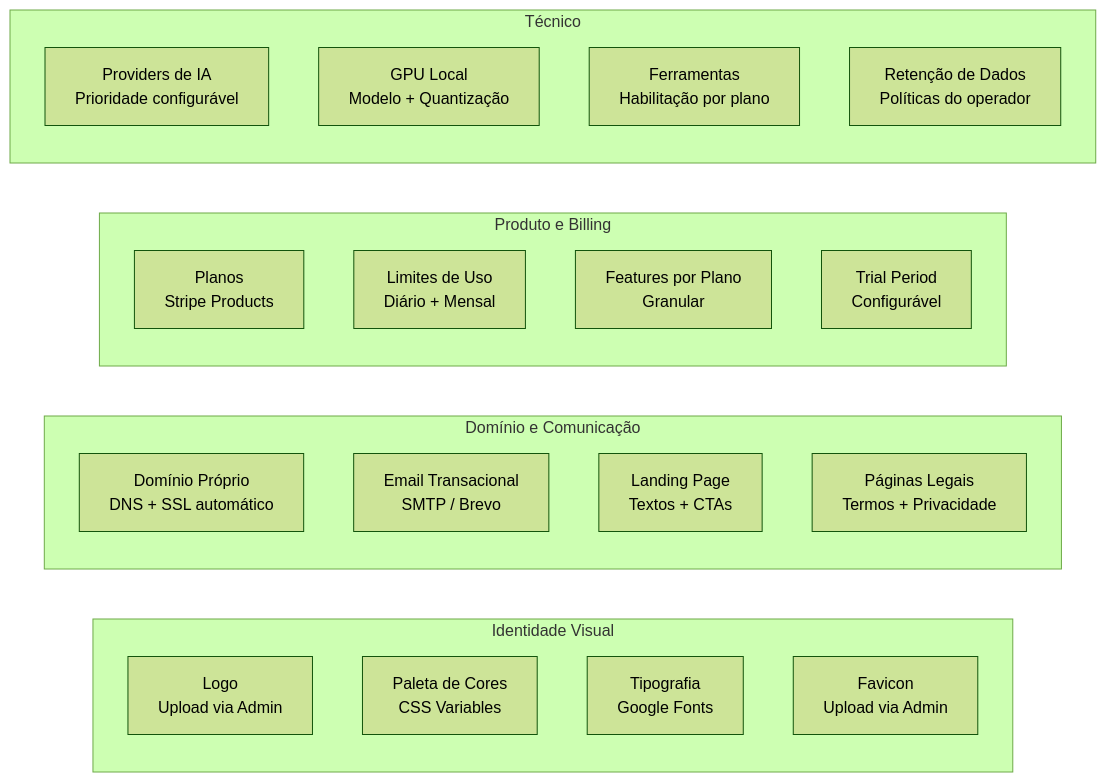
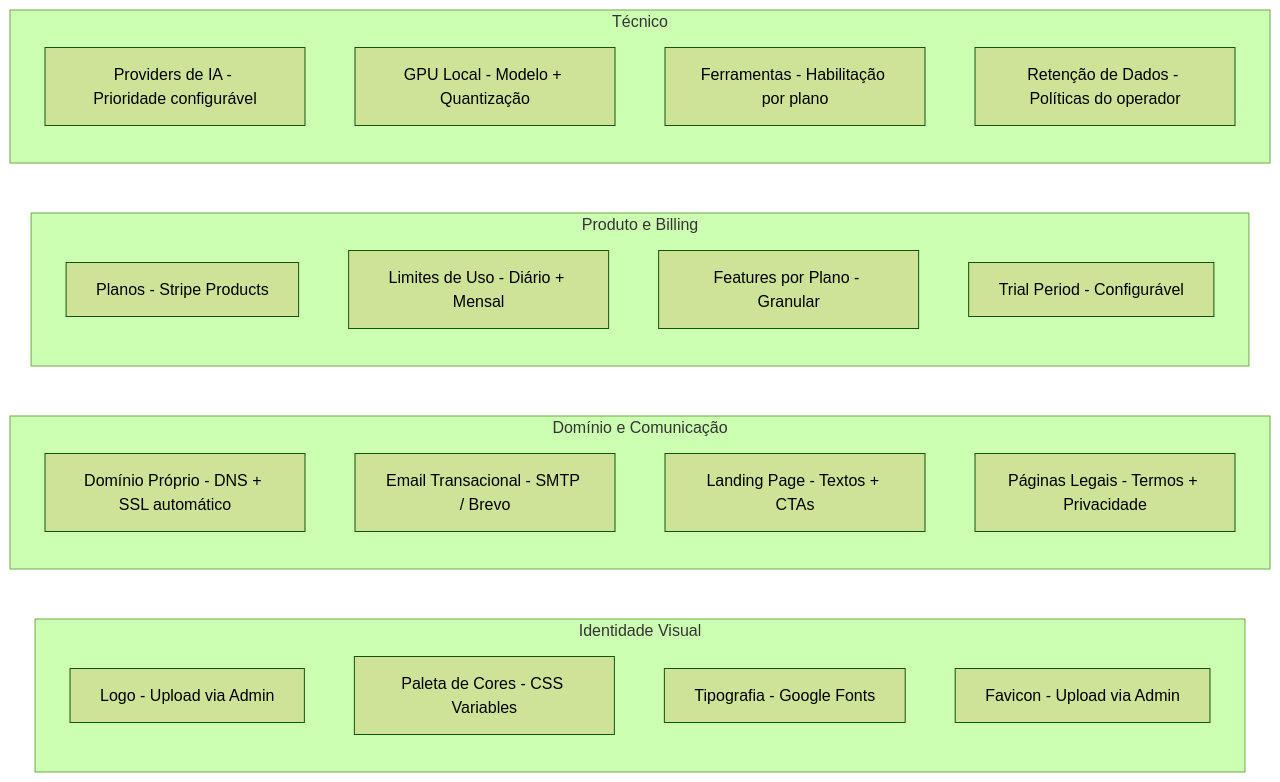
The third of 7 diagrams in docs/WHITE_LABEL_OVERVIEW.md (SperryTecnologia/debuga-ai), drawn with Mermaid (forest theme) before and after one commit. The commit also changed other lines of this file and 213 other files, not shown here.

````diff
--- a/docs/WHITE_LABEL_OVERVIEW.md
+++ b/docs/WHITE_LABEL_OVERVIEW.md
@@ -114,30 +114,30 @@
 ```mermaid
 graph LR
     subgraph "Identidade Visual"
-        LOGO[Logo<br/>Upload via Admin]
-        CORES[Paleta de Cores<br/>CSS Variables]
-        FONTE[Tipografia<br/>Google Fonts]
-        FAVICON[Favicon<br/>Upload via Admin]
+        LOGO[Logo - Upload via Admin]
+        CORES[Paleta de Cores - CSS Variables]
+        FONTE[Tipografia - Google Fonts]
+        FAVICON[Favicon - Upload via Admin]
     end
 
     subgraph "Domínio e Comunicação"
-        DOMAIN[Domínio Próprio<br/>DNS + SSL automático]
-        EMAIL[Email Transacional<br/>SMTP / Brevo]
-        LANDING[Landing Page<br/>Textos + CTAs]
-        LEGAL[Páginas Legais<br/>Termos + Privacidade]
+        DOMAIN[Domínio Próprio - DNS + SSL automático]
+        EMAIL["Email Transacional - SMTP / Brevo"]
+        LANDING[Landing Page - Textos + CTAs]
+        LEGAL[Páginas Legais - Termos + Privacidade]
     end
 
     subgraph "Produto e Billing"
-        PLANS[Planos<br/>Stripe Products]
-        LIMITS[Limites de Uso<br/>Diário + Mensal]
-        FEATURES[Features por Plano<br/>Granular]
-        TRIAL[Trial Period<br/>Configurável]
+        PLANS[Planos - Stripe Products]
+        LIMITS[Limites de Uso - Diário + Mensal]
+        FEATURES[Features por Plano - Granular]
+        TRIAL[Trial Period - Configurável]
     end
 
     subgraph "Técnico"
-        PROVIDERS[Providers de IA<br/>Prioridade configurável]
-        GPUCONF[GPU Local<br/>Modelo + Quantização]
-        TOOLS[Ferramentas<br/>Habilitação por plano]
-        RETENTION[Retenção de Dados<br/>Políticas do operador]
+        PROVIDERS[Providers de IA - Prioridade configurável]
+        GPUCONF[GPU Local - Modelo + Quantização]
+        TOOLS[Ferramentas - Habilitação por plano]
+        RETENTION[Retenção de Dados - Políticas do operador]
     end
 ```
````
